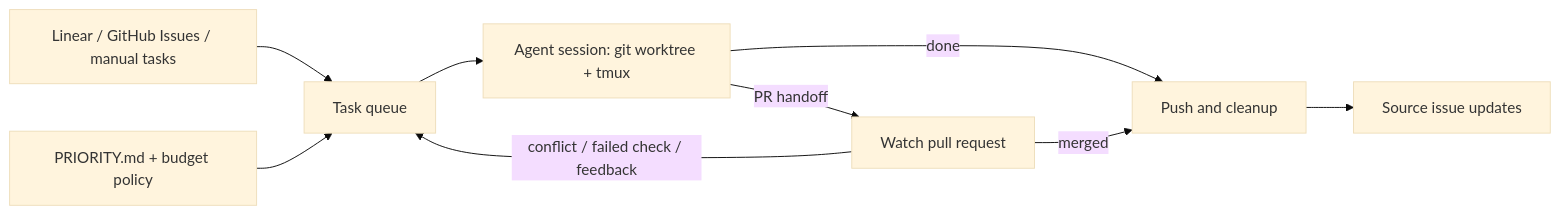
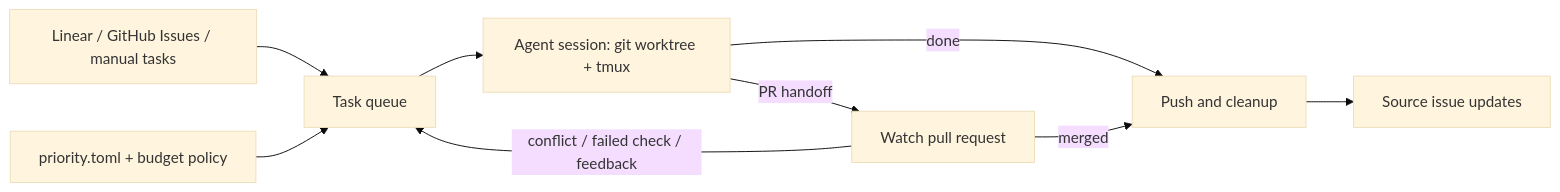
The diagram in README.md (aleandros/powerqueue), drawn with Mermaid (base theme) before and after one commit. The commit also changed other lines of this file and 57 other files, not shown here.

First line of the commit message:
priority: replace Markdown rules with typed TOML policy

````diff
--- a/README.md
+++ b/README.md
@@ -26,11 +26,11 @@
 ```mermaid
 flowchart LR
     Sources["Linear / GitHub Issues / manual tasks"] --> Queue["Task queue"]
-    Rules["PRIORITY.md + budget policy"] --> Queue
+    Rules["priority.toml + budget policy"] --> Queue
     Queue --> Session["Agent session: git worktree + tmux"]
     Session -->|"done"| Cleanup["Push and cleanup"]
     Session -->|"PR handoff"| Review["Watch pull request"]
     Review -->|"conflict / failed check / feedback"| Queue
     Review -->|"merged"| Cleanup
     Cleanup --> Updates["Source issue updates"]
 ```
````
